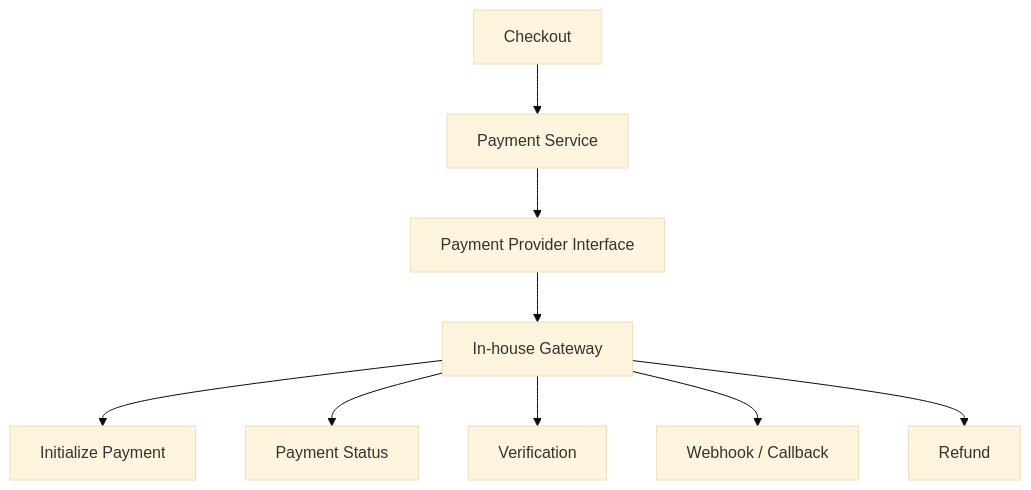
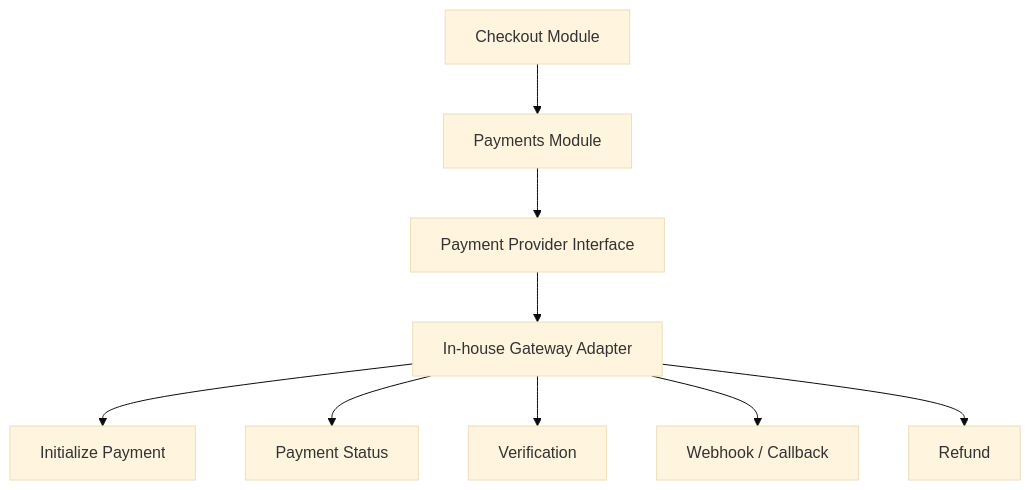
The ninth of 25 diagrams in README.md (Izyane-InovSolutions/commerce), drawn with Mermaid (base theme) before and after one commit. The commit also changed other lines of this file, not shown here.

Commit message:
docs: switch backend architecture to NestJS modular monolith

````diff
--- a/README.md
+++ b/README.md
@@ -461,12 +521,12 @@
 ```mermaid
 flowchart TD
-    CHECKOUT[Checkout] --> PAY[Payment Service]
+    CHECKOUT[Checkout Module] --> PAY[Payments Module]
     PAY --> PROVIDER[Payment Provider Interface]
-    PROVIDER --> INHOUSE[In-house Gateway]
+    PROVIDER --> INHOUSE[In-house Gateway Adapter]
 
     INHOUSE --> INIT[Initialize Payment]
     INHOUSE --> STATUS[Payment Status]
     INHOUSE --> VERIFY[Verification]
     INHOUSE --> WEBHOOK[Webhook / Callback]
     INHOUSE --> REFUND[Refund]
 ```
````
